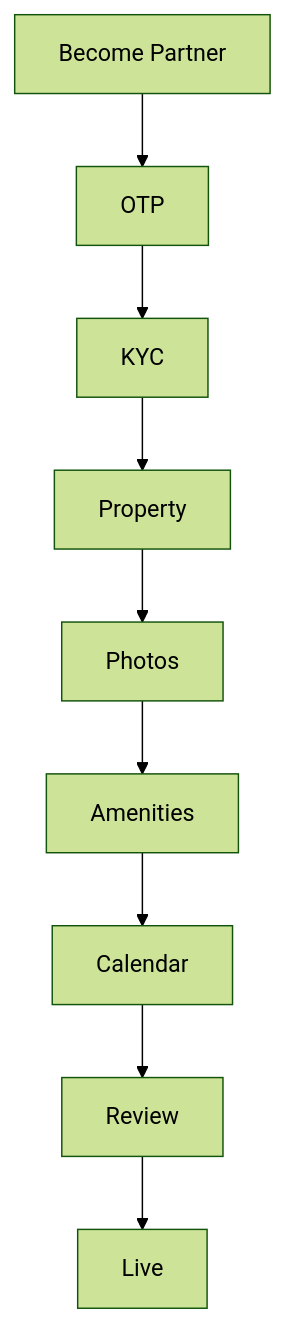
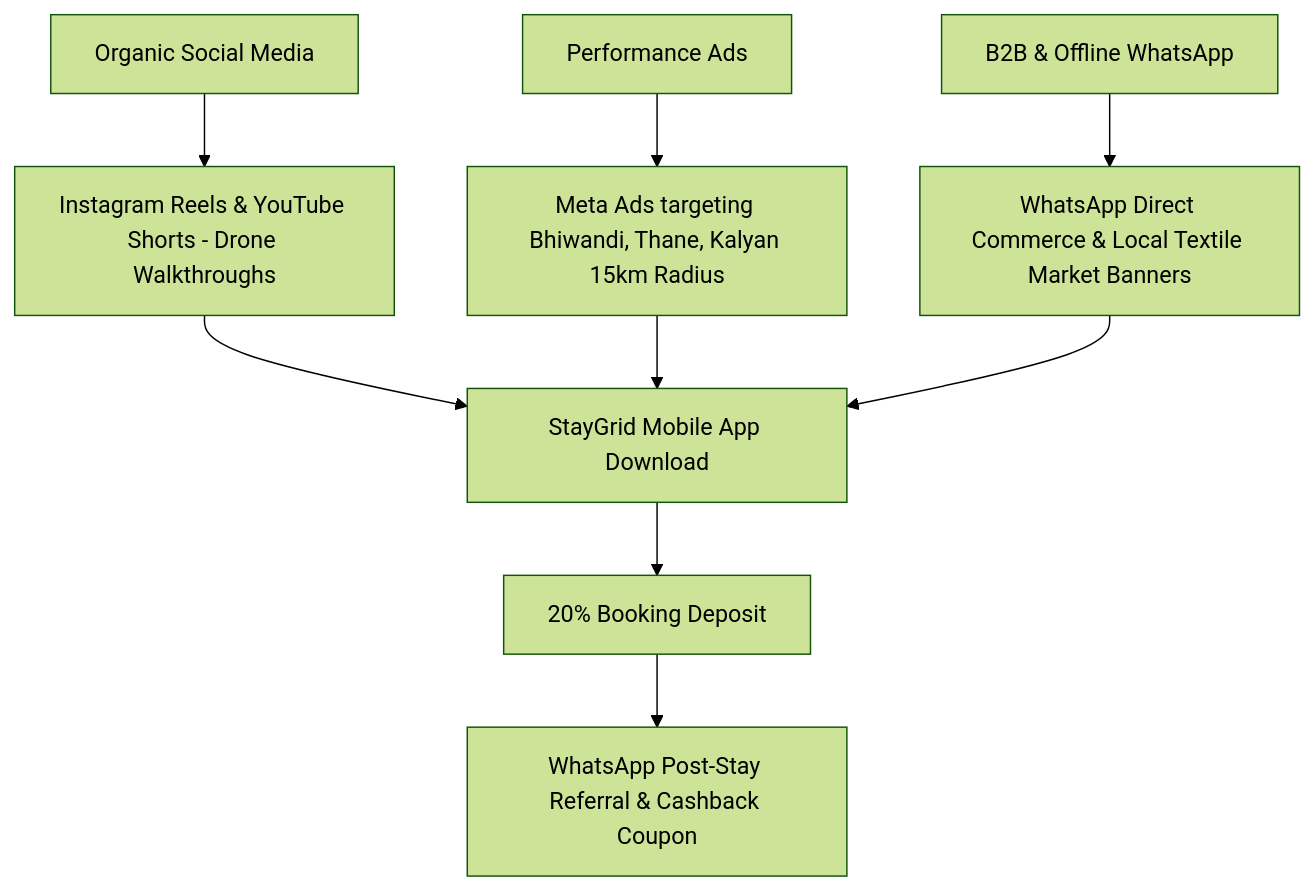
The fifth of 6 diagrams in documentations/StayGrid_Master_PRD.md (Samyy-Momin/staygrid), drawn with Mermaid (forest theme) before and after one commit. The commit also changed other lines of this file and 96 other files, not shown here.

````diff
--- a/documentations/StayGrid_Master_PRD.md
+++ b/documentations/StayGrid_Master_PRD.md
@@ -220,12 +404,13 @@
 ```mermaid
 flowchart TD
-A[Become Partner]
--->B[OTP]
--->C[KYC]
--->D[Property]
--->E[Photos]
--->F[Amenities]
--->G[Calendar]
--->H[Review]
--->I[Live]
+    SubGraph1[Organic Social Media] --> Reels[Instagram Reels & YouTube Shorts - Drone Walkthroughs]
+    SubGraph2[Performance Ads] --> MetaAds[Meta Ads targeting Bhiwandi, Thane, Kalyan 15km Radius]
+    SubGraph3[B2B & Offline WhatsApp] --> WhatsApp[WhatsApp Direct Commerce & Local Textile Market Banners]
+    
+    Reels --> AppLanding[StayGrid Mobile App Download]
+    MetaAds --> AppLanding
+    WhatsApp --> AppLanding
+    
+    AppLanding --> Convert[20% Booking Deposit]
+    Convert --> Retention[WhatsApp Post-Stay Referral & Cashback Coupon]
 ```
````
